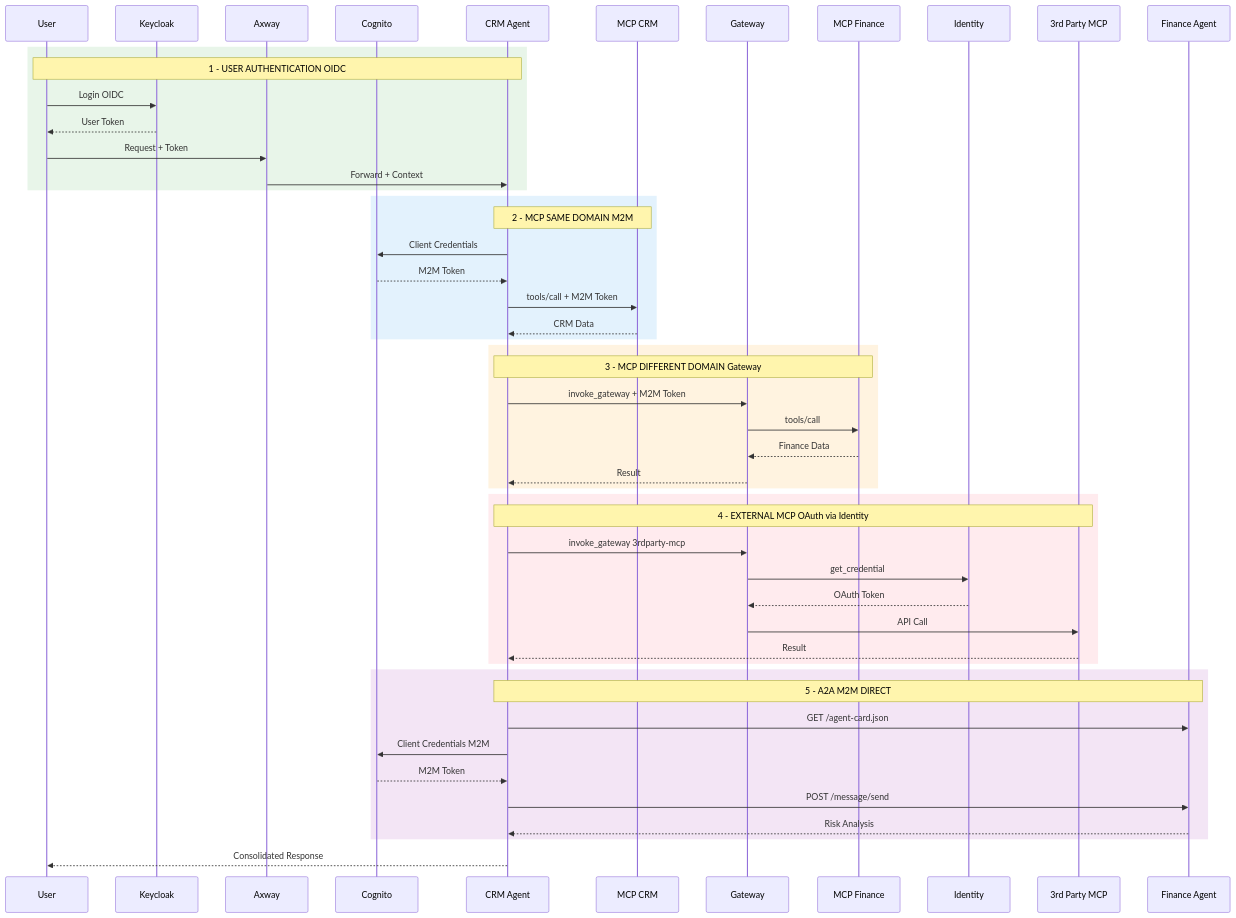
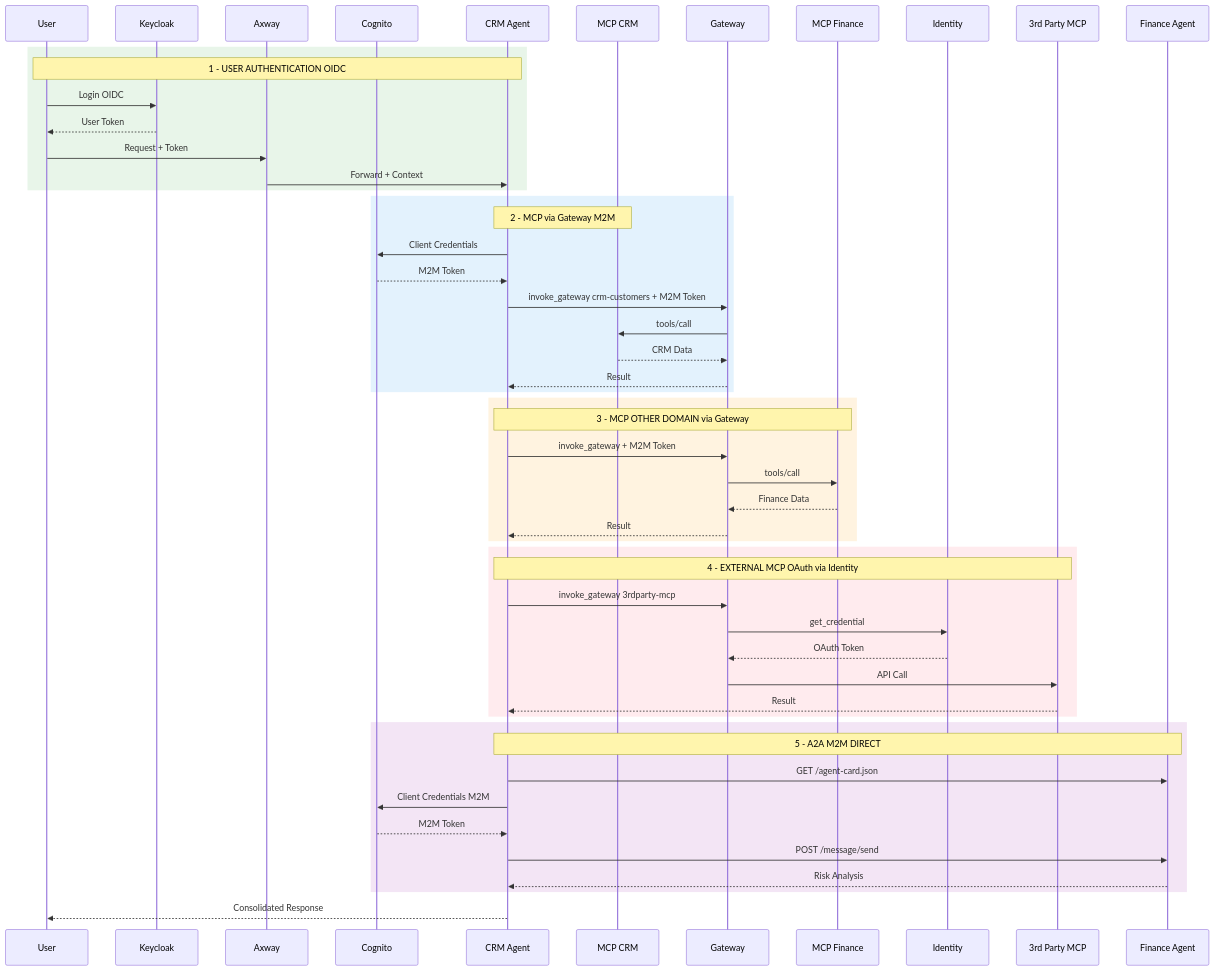
One commit to rrbemfica/agentic-architecture changed the seventh of 9 diagrams in AGENTCORE_ARCHITECTURE.md. Above: the diagram before and after it, drawn with Mermaid. The commit also changed other lines of this file, not shown here.

Commit message:
refactor: MCPs sempre acessados via AgentCore Gateway independente do domínio

````diff
--- a/AGENTCORE_ARCHITECTURE.md
+++ b/AGENTCORE_ARCHITECTURE.md
@@ -652,58 +655,60 @@
 ```mermaid
 sequenceDiagram
     participant User as User
     participant Keycloak as Keycloak
     participant Axway as Axway
     participant Cognito as Cognito
     participant Agent as CRM Agent
     participant MCP_CRM as MCP CRM
     participant Gateway as Gateway
     participant MCP_FIN as MCP Finance
     participant Identity as Identity
     participant ExtMCP as 3rd Party MCP
     participant Agent_FIN as Finance Agent
     
     rect rgb(232, 245, 233)
         Note over User,Agent: 1 - USER AUTHENTICATION OIDC
         User->>Keycloak: Login OIDC
         Keycloak-->>User: User Token
         User->>Axway: Request + Token
         Axway->>Agent: Forward + Context
     end
     
     rect rgb(227, 242, 253)
-        Note over Agent,MCP_CRM: 2 - MCP SAME DOMAIN M2M
+        Note over Agent,MCP_CRM: 2 - MCP via Gateway M2M
         Agent->>Cognito: Client Credentials
         Cognito-->>Agent: M2M Token
-        Agent->>MCP_CRM: tools/call + M2M Token
-        MCP_CRM-->>Agent: CRM Data
+        Agent->>Gateway: invoke_gateway crm-customers + M2M Token
+        Gateway->>MCP_CRM: tools/call
+        MCP_CRM-->>Gateway: CRM Data
+        Gateway-->>Agent: Result
     end
     
     rect rgb(255, 243, 224)
-        Note over Agent,MCP_FIN: 3 - MCP DIFFERENT DOMAIN Gateway
+        Note over Agent,MCP_FIN: 3 - MCP OTHER DOMAIN via Gateway
         Agent->>Gateway: invoke_gateway + M2M Token
         Gateway->>MCP_FIN: tools/call
         MCP_FIN-->>Gateway: Finance Data
         Gateway-->>Agent: Result
     end
     
     rect rgb(255, 235, 238)
         Note over Agent,ExtMCP: 4 - EXTERNAL MCP OAuth via Identity
         Agent->>Gateway: invoke_gateway 3rdparty-mcp
         Gateway->>Identity: get_credential
         Identity-->>Gateway: OAuth Token
         Gateway->>ExtMCP: API Call
         ExtMCP-->>Agent: Result
     end
     
     rect rgb(243, 229, 245)
         Note over Agent,Agent_FIN: 5 - A2A M2M DIRECT
         Agent->>Agent_FIN: GET /agent-card.json
         Agent->>Cognito: Client Credentials M2M
         Cognito-->>Agent: M2M Token
         Agent->>Agent_FIN: POST /message/send
         Agent_FIN-->>Agent: Risk Analysis
     end
     
     Agent-->>User: Consolidated Response
 ```
````
